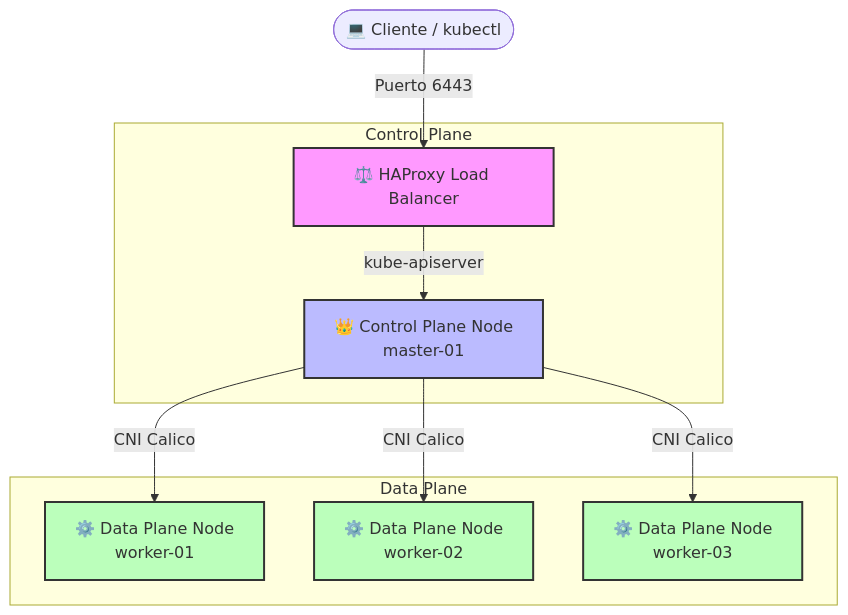
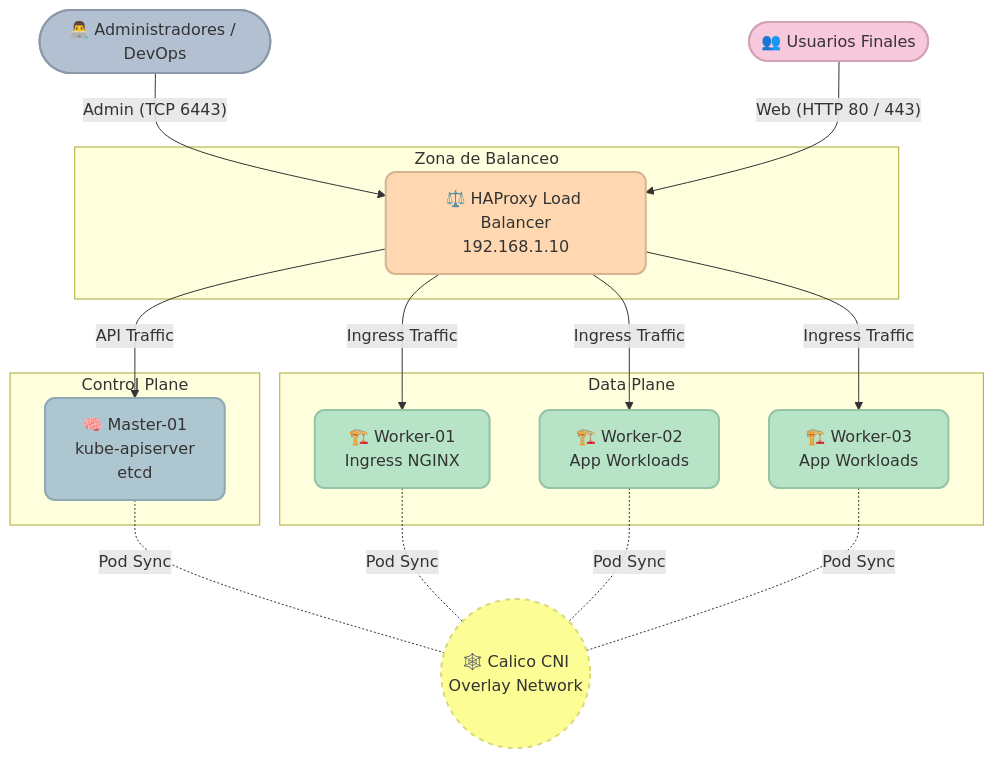
One commit to DevSecOps-Group/k8s-setup changed the diagram in README.md. Above: the diagram before and after it, drawn with Mermaid. The commit also changed other lines of this file and 14 other files, not shown here.

````diff
--- a/README.md
+++ b/README.md
@@ -35,21 +47,44 @@
 ```mermaid
-graph TD
-    Client([💻 Cliente / kubectl]) -->|Puerto 6443| LB[⚖️ HAProxy Load Balancer]
+flowchart TB
+    %% Estilos Pastel
+    classDef admin fill:#B3C0D1,stroke:#8B98A8,stroke-width:2px,color:#333,rx:10,ry:10;
+    classDef users fill:#F8C8DC,stroke:#D1A3B4,stroke-width:2px,color:#333,rx:10,ry:10;
+    classDef lb fill:#FFD8B1,stroke:#D6B492,stroke-width:2px,color:#333,rx:10,ry:10;
+    classDef cp fill:#AEC6CF,stroke:#8FA9B3,stroke-width:2px,color:#333,rx:10,ry:10;
+    classDef dp fill:#B7E4C7,stroke:#94C3A6,stroke-width:2px,color:#333,rx:10,ry:10;
+    classDef network fill:#FDFD96,stroke:#D9D97B,stroke-width:2px,color:#333,stroke-dasharray: 5 5;
+
+    %% Nodos
+    A([👨‍💻 Administradores / DevOps]):::admin
+    U([👥 Usuarios Finales]):::users
     
+    subgraph Zona de Balanceo
+        LB[⚖️ HAProxy Load Balancer<br>192.168.1.10]:::lb
+    end
+
     subgraph Control Plane
-        LB -->|kube-apiserver| CP1[👑 Control Plane Node<br/>master-01]
+        CP1[🧠 Master-01<br>kube-apiserver<br>etcd]:::cp
+    end
+
+    subgraph Data Plane
+        DP1[🏗️ Worker-01<br>Ingress NGINX]:::dp
+        DP2[🏗️ Worker-02<br>App Workloads]:::dp
+        DP3[🏗️ Worker-03<br>App Workloads]:::dp
     end
     
-    subgraph Data Plane
-        CP1 -->|CNI Calico| DP1[⚙️ Data Plane Node<br/>worker-01]
-        CP1 -->|CNI Calico| DP2[⚙️ Data Plane Node<br/>worker-02]
-        CP1 -->|CNI Calico| DP3[⚙️ Data Plane Node<br/>worker-03]
-    end
+    CNI((🕸️ Calico CNI<br>Overlay Network)):::network
+
+    %% Conexiones
+    A -- "Admin (TCP 6443)" --> LB
+    U -- "Web (HTTP 80 / 443)" --> LB
     
-    classDef lb fill:#f9f,stroke:#333,stroke-width:2px;
-    classDef cp fill:#bbf,stroke:#333,stroke-width:2px;
-    classDef dp fill:#bfb,stroke:#333,stroke-width:2px;
-    class LB lb;
-    class CP1 cp;
-    class DP1,DP2,DP3 dp;
+    LB -- "API Traffic" --> CP1
+    LB -- "Ingress Traffic" --> DP1
+    LB -- "Ingress Traffic" --> DP2
+    LB -- "Ingress Traffic" --> DP3
+    
+    CP1 -. "Pod Sync" .- CNI
+    DP1 -. "Pod Sync" .- CNI
+    DP2 -. "Pod Sync" .- CNI
+    DP3 -. "Pod Sync" .- CNI
 ```
````
